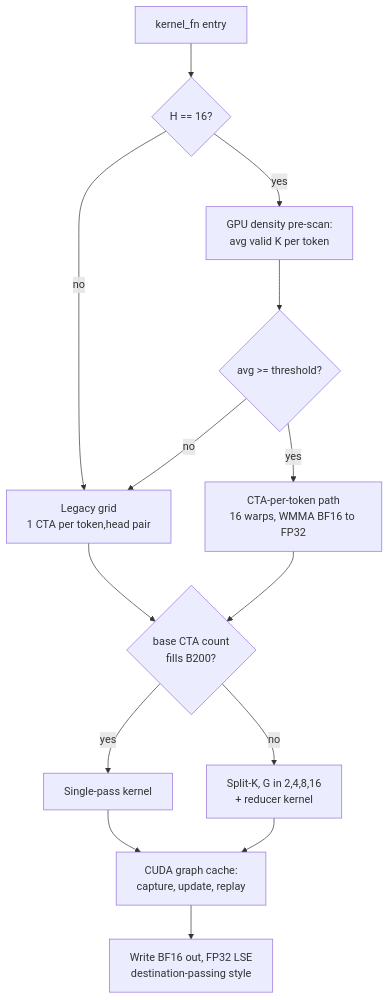
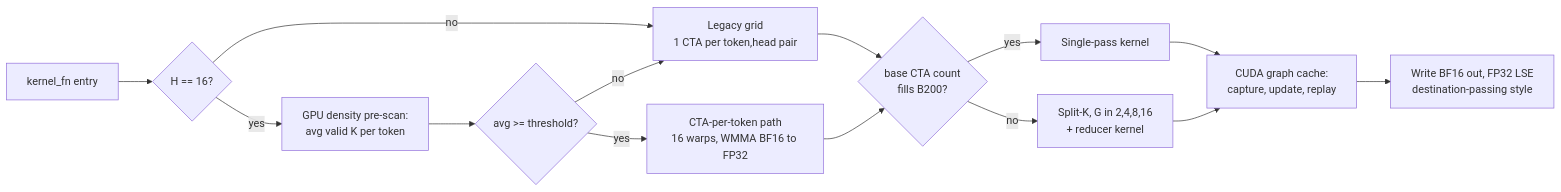
Before and after one commit to ykirpichev/dsa_sparse_attention_h16_ckv512_kpe64_topk2048_ps64: the second of 4 diagrams in REPORT_TEMPLATE.md, drawn with Mermaid. The commit also changed other lines of this file and 2 other files, not shown here.

First line of the commit message:
docs(report): drop Page-N prefixes, condense narrative, horizontal diagrams, retitle

````diff
--- a/REPORT_TEMPLATE.md
+++ b/REPORT_TEMPLATE.md
@@ -206,16 +177,16 @@
 ```mermaid
-flowchart TD
+flowchart LR
     A["kernel_fn entry"] --> B{"H == 16?"}
     B -- no --> L["Legacy grid<br/>1 CTA per token,head pair"]
     B -- yes --> D["GPU density pre-scan:<br/>avg valid K per token"]
     D --> E{"avg >= threshold?"}
     E -- no --> L
     E -- yes --> C["CTA-per-token path<br/>16 warps, WMMA BF16 to FP32"]
     L --> S{"base CTA count<br/>fills B200?"}
     C --> S
     S -- yes --> K["Single-pass kernel"]
     S -- no  --> SK["Split-K, G in 2,4,8,16<br/>+ reducer kernel"]
     K --> G["CUDA graph cache:<br/>capture, update, replay"]
     SK --> G
     G --> O["Write BF16 out, FP32 LSE<br/>destination-passing style"]
 ```
````
